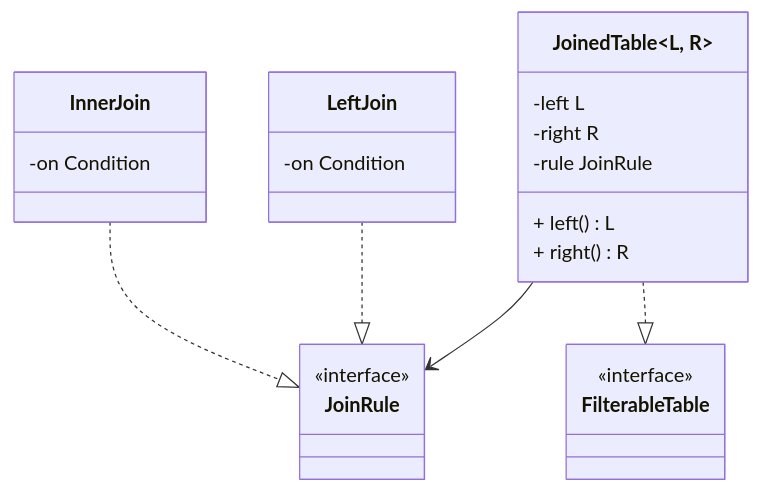
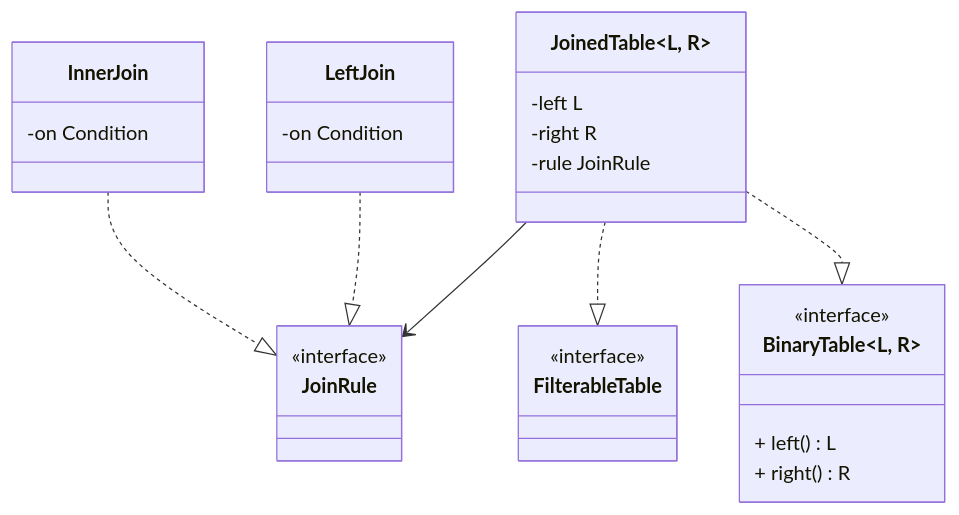
One commit to safarislava/QueryBricks changed the second of 10 diagrams in docs/domain.md. Above: the diagram before and after it, drawn with Mermaid. The commit also changed other lines of this file, not shown here.

Commit message:
docs: Add interface for origin method

````diff
--- a/docs/domain.md
+++ b/docs/domain.md
@@ -20,30 +25,35 @@
 ```mermaid
 classDiagram
     class FilterableTable {
         <<interface>>
     }
 
     class JoinRule {
         <<interface>>
     }
 
     class InnerJoin {
         -on Condition
     }
     InnerJoin ..|> JoinRule
 
     class LeftJoin {
         -on Condition
     }
     LeftJoin ..|> JoinRule
 
+    class BinaryTable~L, R~ {
+        <<interface>>
+        + left() L
+        + right() R
+    }
+
     class JoinedTable~L, R~ {
         -left L
         -right R
         -rule JoinRule
-        + left() L
-        + right() R
     }
     JoinedTable ..|> FilterableTable
+    JoinedTable ..|> BinaryTable~L, R~
     JoinedTable --> JoinRule
 ```
````
